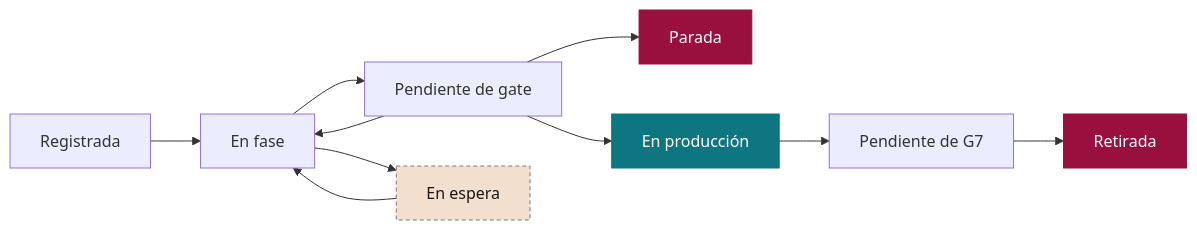
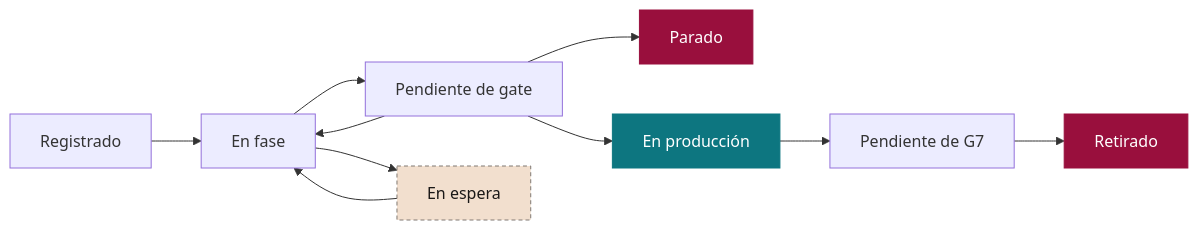
The diagram in SEVEN-G/mds/es/03_SEVEN-G_Herramientas_y_registro_de_iniciativas.md (seachad/AI_CONSULTING), drawn with Mermaid before and after one commit. The commit also changed other lines of this file and 1379 other files, not shown here.

````diff
--- a/SEVEN-G/mds/es/03_SEVEN-G_Herramientas_y_registro_de_iniciativas.md
+++ b/SEVEN-G/mds/es/03_SEVEN-G_Herramientas_y_registro_de_iniciativas.md
@@ -90,18 +90,18 @@
 ```mermaid
 flowchart LR
-  REG["Registrada"] --> FASE["En fase"]
+  REG["Registrado"] --> FASE["En fase"]
   FASE --> GATE["Pendiente de gate"]
   GATE --> FASE
   FASE --> ESP["En espera"]
   ESP --> FASE
-  GATE --> PAR["Parada"]
+  GATE --> PAR["Parado"]
   GATE --> PROD["En producción"]
   PROD --> G7["Pendiente de G7"]
-  G7 --> RET["Retirada"]
+  G7 --> RET["Retirado"]
   classDef prod fill:#0d7680,stroke:#0d7680,color:#ffffff
   classDef fin fill:#990f3d,stroke:#990f3d,color:#ffffff
   classDef espera fill:#f2dfce,stroke:#807973,color:#1a1817,stroke-dasharray:4 3
   class PROD prod
   class PAR,RET fin
   class ESP espera
 ```
````
